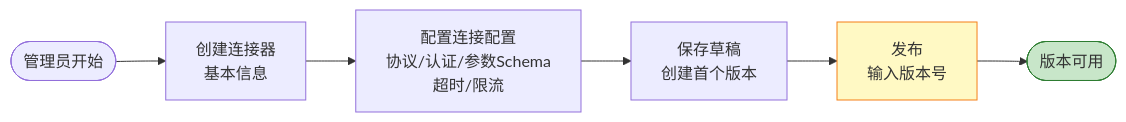
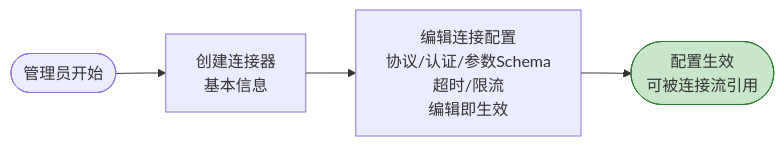
One commit to THZSummer/open-app changed the third of 8 diagrams in .sddu/specs-tree-root/specs-tree-connector-platform/plan.md. Above: the diagram before and after it, drawn with Mermaid. The commit also changed other lines of this file and 3 other files, not shown here.

````diff
--- a/.sddu/specs-tree-root/specs-tree-connector-platform/plan.md
+++ b/.sddu/specs-tree-root/specs-tree-connector-platform/plan.md
@@ -254,11 +253,8 @@
 ```mermaid
 flowchart LR
     Start([管理员开始]) --> A["创建连接器<br/>基本信息"]
-    A --> B["配置连接配置<br/>协议/认证/参数Schema<br/>超时/限流"]
-    B --> C["保存草稿<br/>创建首个版本"]
-    C --> D["发布<br/>输入版本号"]
-    D --> E([版本可用])
+    A --> B["编辑连接配置<br/>协议/认证/参数Schema<br/>超时/限流<br/>编辑即生效"]
+    B --> C([配置生效<br/>可被连接流引用])
 
-    style D fill:#fff9c4,stroke:#f57f17
-    style E fill:#c8e6c9,stroke:#2e7d32
+    style C fill:#c8e6c9,stroke:#2e7d32
 ```
````
